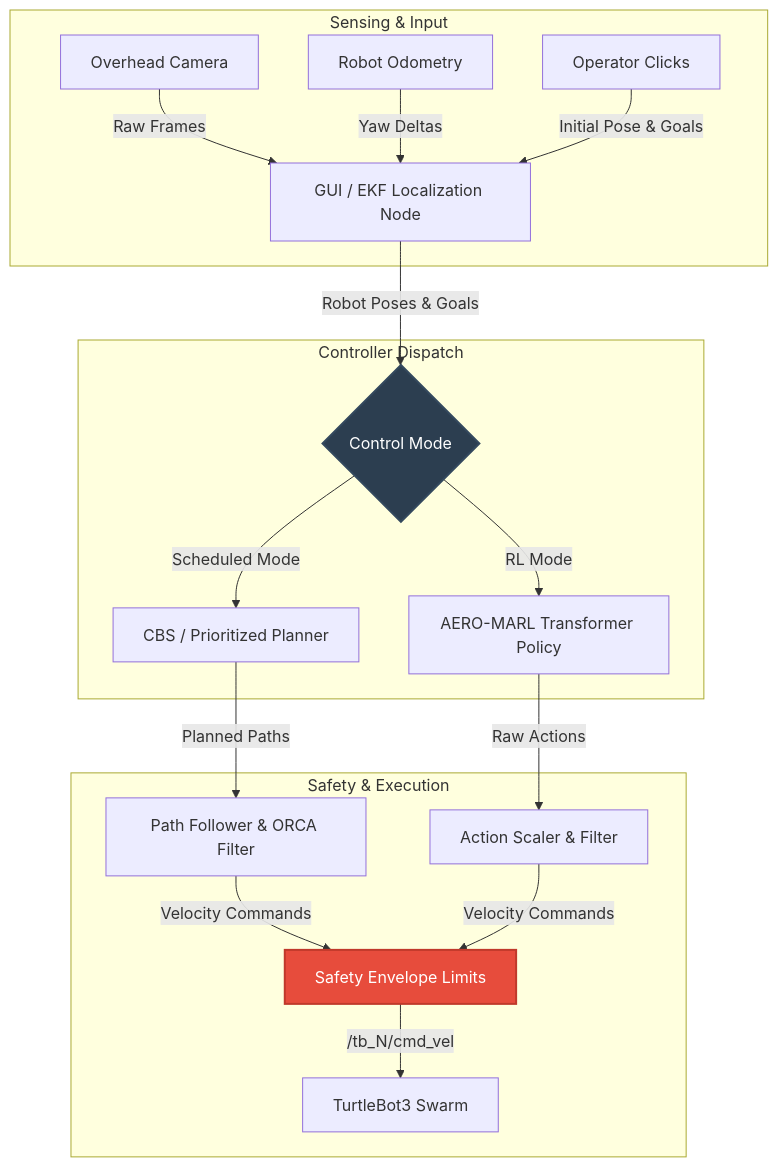
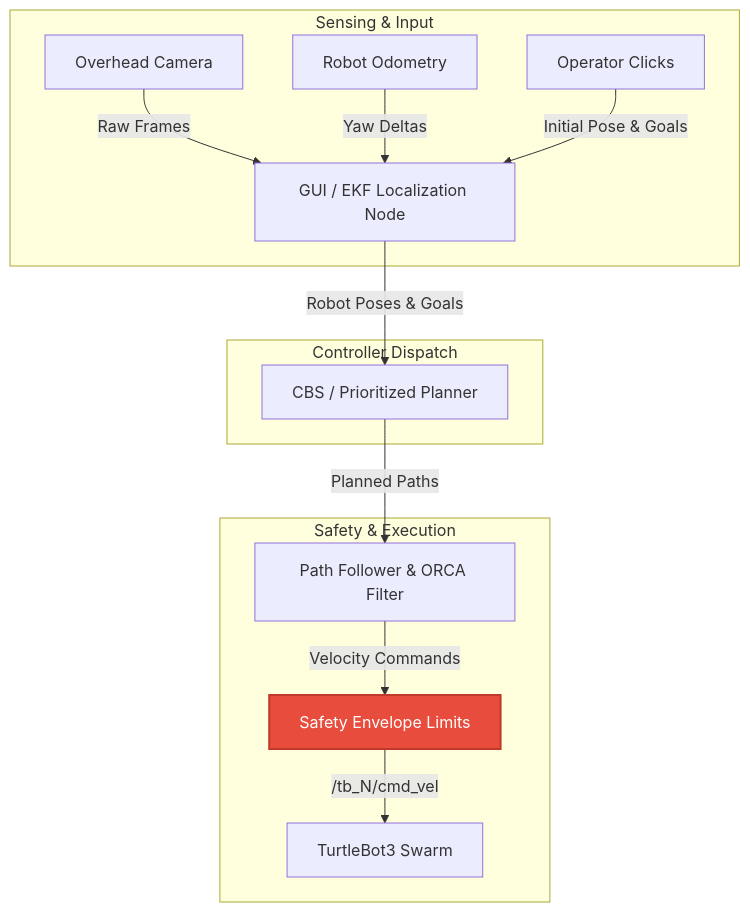
Before and after one commit to aparame/multi-agent_turtlebot_ws: the diagram in DETAILS.md, drawn with Mermaid. The commit also changed other lines of this file and 13 other files, not shown here.

````diff
--- a/DETAILS.md
+++ b/DETAILS.md
@@ -25,25 +25,20 @@
 ```mermaid
 graph TD
     subgraph Sensing & Input
         Cam[Overhead Camera] -->|Raw Frames| GUI[GUI / EKF Localization Node]
         Odom[Robot Odometry] -->|Yaw Deltas| GUI
         Operator[Operator Clicks] -->|Initial Pose & Goals| GUI
     end
 
     subgraph Controller Dispatch
-        GUI -->|Robot Poses & Goals| ModeSelect{Control Mode}
-        ModeSelect -->|Scheduled Mode| CBS[CBS / Prioritized Planner]
-        ModeSelect -->|RL Mode| RL[AERO-MARL Transformer Policy]
+        GUI -->|Robot Poses & Goals| CBS[CBS / Prioritized Planner]
     end
 
     subgraph Safety & Execution
         CBS -->|Planned Paths| Follower[Path Follower & ORCA Filter]
-        RL -->|Raw Actions| RLAdapter[Action Scaler & Filter]
         Follower -->|Velocity Commands| SafEnv[Safety Envelope Limits]
-        RLAdapter -->|Velocity Commands| SafEnv
         SafEnv -->|/tb_N/cmd_vel| TB[TurtleBot3 Swarm]
     end
     
-    style ModeSelect fill:#2c3e50,stroke:#34495e,stroke-width:2px,color:#fff
     style SafEnv fill:#e74c3c,stroke:#c0392b,stroke-width:2px,color:#fff
 ```
````
